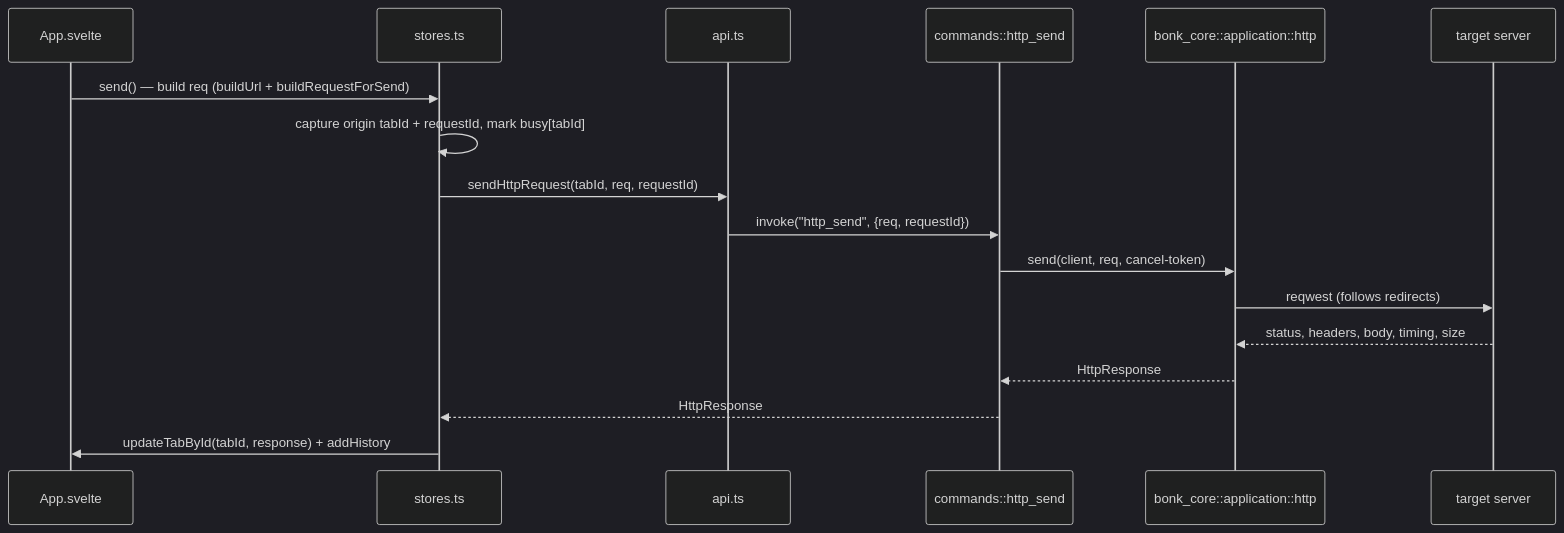
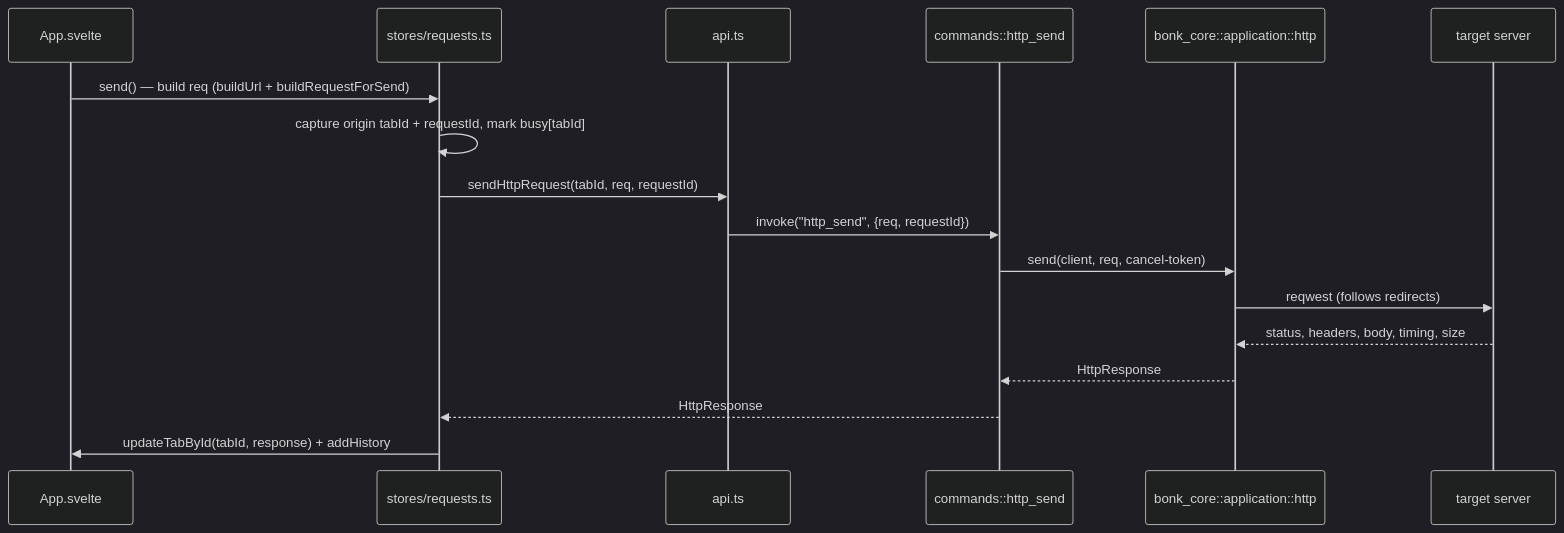
One commit to nekidaz/.bonk changed the diagram in ARCHITECTURE.md. Above: the diagram before and after it, drawn with Mermaid (dark theme). The commit also changed other lines of this file and 1 other file, not shown here.

Commit message:
docs(architecture): reflect split commands/, stores/, mcp modules, frontend layout; ignore node_modules symlinks

````diff
--- a/ARCHITECTURE.md
+++ b/ARCHITECTURE.md
@@ -73,20 +91,20 @@
 ```mermaid
 sequenceDiagram
     participant UI as App.svelte
-    participant S as stores.ts
+    participant S as stores/requests.ts
     participant API as api.ts
     participant CMD as commands::http_send
     participant CORE as bonk_core::application::http
     participant NET as target server
 
     UI->>S: send() — build req (buildUrl + buildRequestForSend)
     S->>S: capture origin tabId + requestId, mark busy[tabId]
     S->>API: sendHttpRequest(tabId, req, requestId)
     API->>CMD: invoke("http_send", {req, requestId})
     CMD->>CORE: send(client, req, cancel-token)
     CORE->>NET: reqwest (follows redirects)
     NET-->>CORE: status, headers, body, timing, size
     CORE-->>CMD: HttpResponse
     CMD-->>S: HttpResponse
     S->>UI: updateTabById(tabId, response) + addHistory
 ```
````
